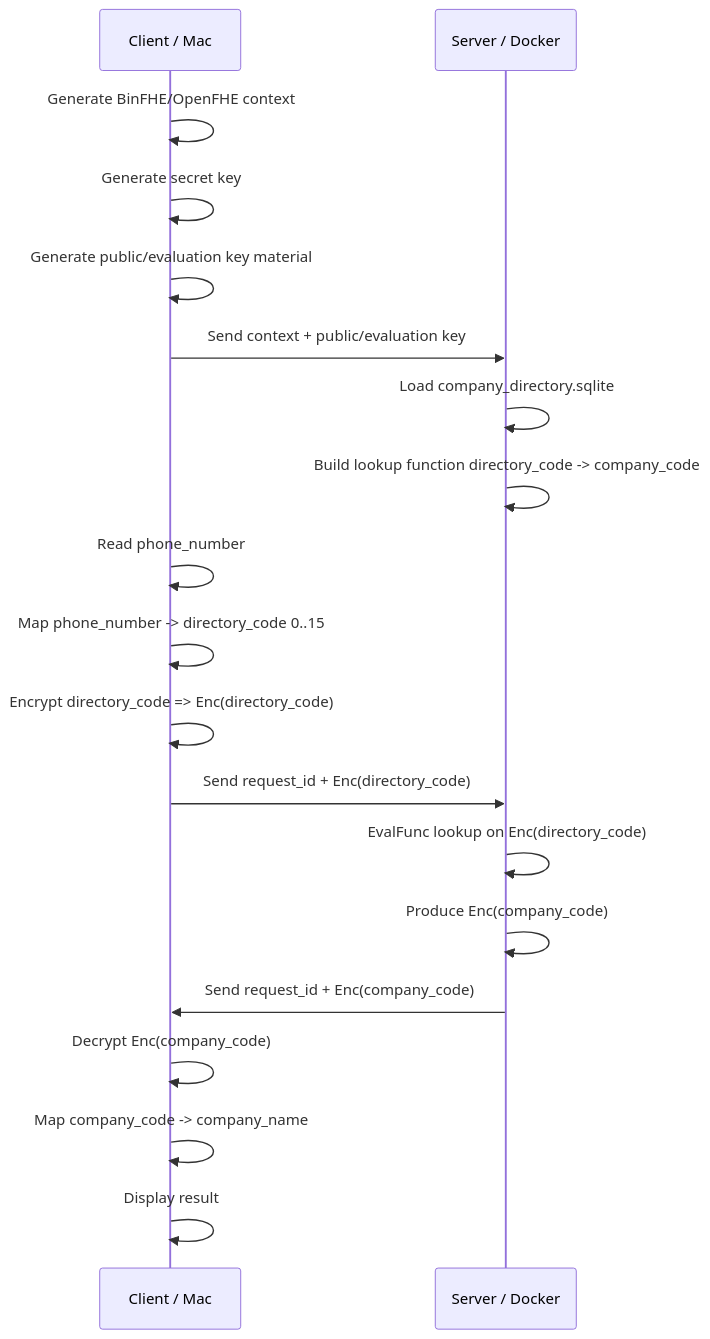
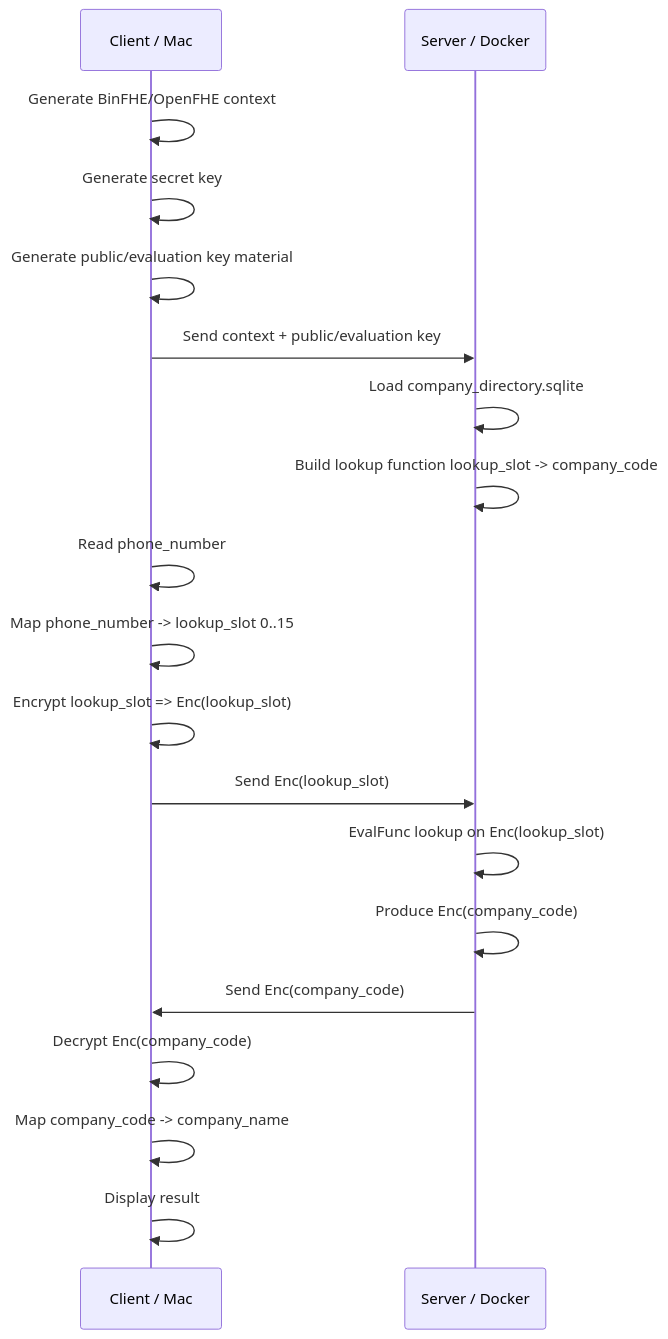
The first of 2 diagrams in PRIVATE_COMPANY_LOOKUP_FLOW.md (Nhatcao1/he_profiler), drawn with Mermaid before and after one commit. The commit also changed other lines of this file and 11 other files, not shown here.

Commit message:
Simplify phone lookup CLI

````diff
--- a/PRIVATE_COMPANY_LOOKUP_FLOW.md
+++ b/PRIVATE_COMPANY_LOOKUP_FLOW.md
@@ -53,26 +53,26 @@
 ```mermaid
 sequenceDiagram
     participant C as Client / Mac
     participant S as Server / Docker
 
     C->>C: Generate BinFHE/OpenFHE context
     C->>C: Generate secret key
     C->>C: Generate public/evaluation key material
     C->>S: Send context + public/evaluation key
 
     S->>S: Load company_directory.sqlite
-    S->>S: Build lookup function directory_code -> company_code
+    S->>S: Build lookup function lookup_slot -> company_code
 
     C->>C: Read phone_number
-    C->>C: Map phone_number -> directory_code 0..15
-    C->>C: Encrypt directory_code => Enc(directory_code)
-    C->>S: Send request_id + Enc(directory_code)
+    C->>C: Map phone_number -> lookup_slot 0..15
+    C->>C: Encrypt lookup_slot => Enc(lookup_slot)
+    C->>S: Send Enc(lookup_slot)
 
-    S->>S: EvalFunc lookup on Enc(directory_code)
+    S->>S: EvalFunc lookup on Enc(lookup_slot)
     S->>S: Produce Enc(company_code)
-    S->>C: Send request_id + Enc(company_code)
+    S->>C: Send Enc(company_code)
 
     C->>C: Decrypt Enc(company_code)
     C->>C: Map company_code -> company_name
     C->>C: Display result
 ```
````
